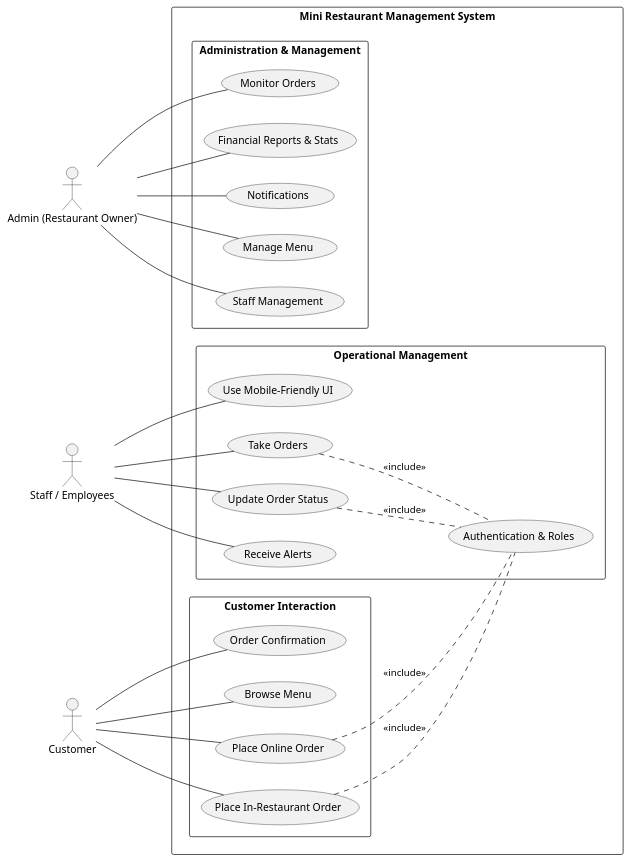
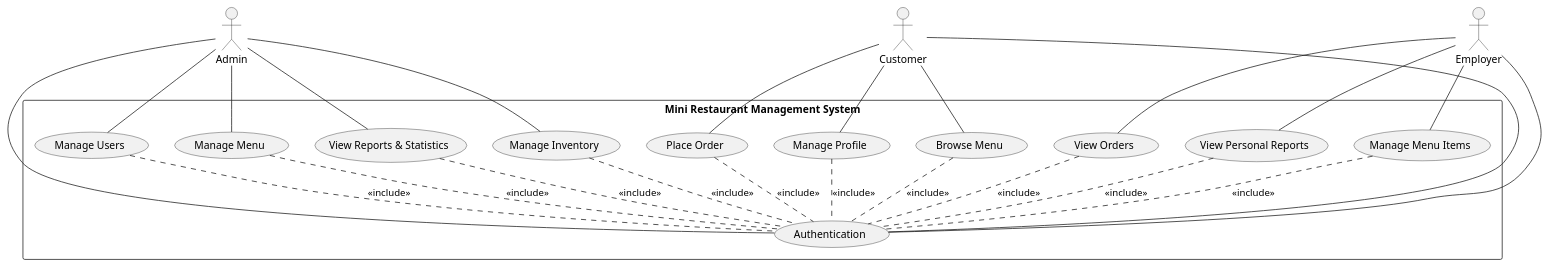
One commit to Med-Ouallou/projet-finale-PFF changed the diagram in Analyse/Usecase_Diagram/global-usecase.md. Above: the diagram before and after it, drawn with PlantUML. The commit also changed 2 other files, not shown here.

Commit message:
feat: Add global use case diagram for the Mini Restaurant Management System.

```diff
--- a/Analyse/Usecase_Diagram/global-usecase.md
+++ b/Analyse/Usecase_Diagram/global-usecase.md
@@ -1,39 +1,43 @@
 @startuml
-left to right direction
+top to bottom direction
 skinparam packageStyle rectangle
-skinparam shadowing false
 
-actor "Admin (Restaurant Owner)" as Admin
-actor "Staff / Employees" as Staff
-actor "Customer" as Customer
+actor Admin
+actor Employer
+actor Customer
 
 rectangle "Mini Restaurant Management System" {
-  
-  package "Administration & Management" {
+
+    (Authentication)
+
+    Admin -- (Manage Users)
     Admin -- (Manage Menu)
-    Admin -- (Staff Management)
-    Admin -- (Monitor Orders)
-    Admin -- (Financial Reports & Stats)
-    Admin -- (Notifications)
-  }
-  
-  package "Operational Management" {
-    Staff -- (Take Orders)
-    Staff -- (Update Order Status)
-    Staff -- (Receive Alerts)
-    Staff -- (Use Mobile-Friendly UI)
-    (Take Orders) .. (Authentication & Roles) : <<include>>
-    (Update Order Status) .. (Authentication & Roles) : <<include>>
-  }
+    Admin -- (View Reports & Statistics)
+    Admin -- (Manage Inventory)
+    Admin -- (Authentication)
 
-  package "Customer Interaction" {
+    Employer -- (View Orders)
+    Employer -- (View Personal Reports)
+    Employer -- (Manage Menu Items)
+    Employer -- (Authentication)
+
     Customer -- (Browse Menu)
-    Customer -- (Place Online Order)
-    Customer -- (Place In-Restaurant Order)
-    Customer -- (Order Confirmation)
-    (Place Online Order) .. (Authentication & Roles) : <<include>>
-    (Place In-Restaurant Order) .. (Authentication & Roles) : <<include>>
-  }
+    Customer -- (Place Order)
+    Customer -- (Manage Profile)
+    Customer -- (Authentication)
 
+    ' include relationships (lines only, no arrows)
+    (Manage Users) .. (Authentication) : <<include>>
+    (Manage Menu) .. (Authentication) : <<include>>
+    (View Reports & Statistics) .. (Authentication) : <<include>>
+    (Manage Inventory) .. (Authentication) : <<include>>
+
+    (View Orders) .. (Authentication) : <<include>>
+    (View Personal Reports) .. (Authentication) : <<include>>
+    (Manage Menu Items) .. (Authentication) : <<include>>
+
+    (Browse Menu) .. (Authentication) : <<include>>
+    (Place Order) .. (Authentication) : <<include>>
+    (Manage Profile) .. (Authentication) : <<include>>
 }
 @enduml
```
